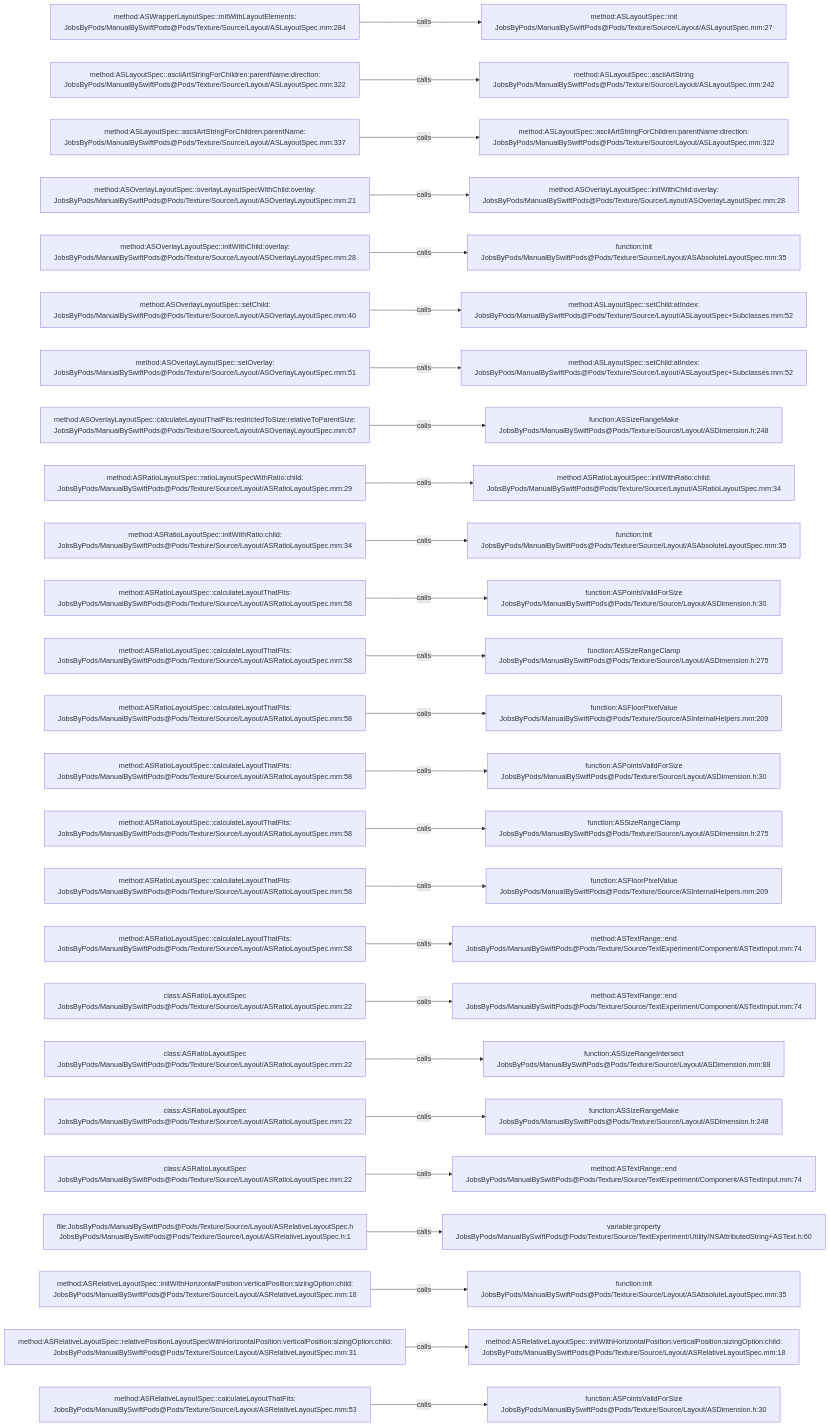
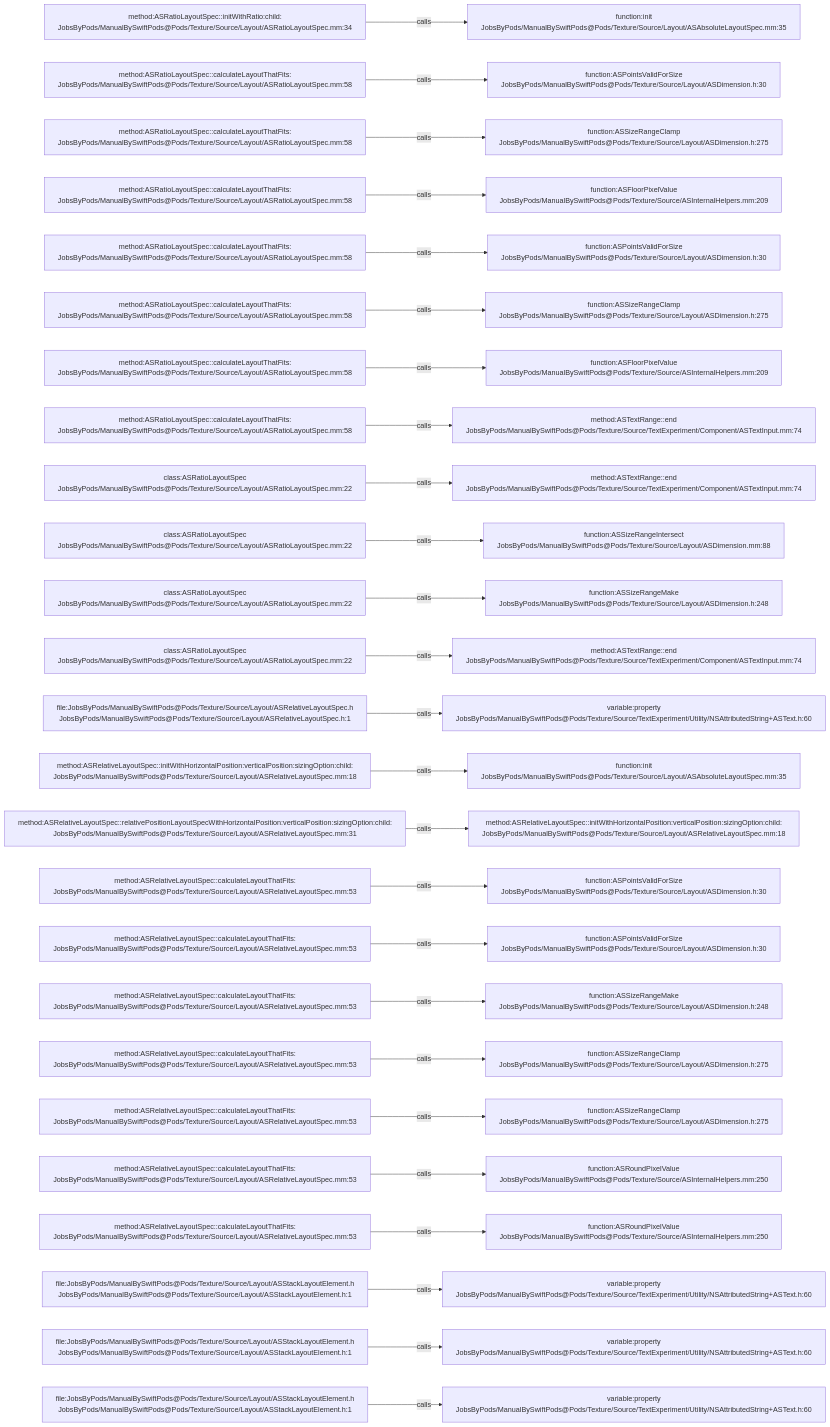
The diagram in .codegraph/codegraph.md/graphs/calls-112.md (JobsKits/JobsSwiftBaseConfigDemo), drawn with Mermaid before and after one commit. The commit also changed 707 other files, not shown here.

````diff
--- a/.codegraph/codegraph.md/graphs/calls-112.md
+++ b/.codegraph/codegraph.md/graphs/calls-112.md
@@ -13,78 +13,78 @@
 ```mermaid
 flowchart LR
-  S1["method:ASWrapperLayoutSpec::initWithLayoutElements:<br/>JobsByPods/ManualBySwiftPods@Pods/Texture/Source/Layout/ASLayoutSpec.mm:284"]
-  T1["method:ASLayoutSpec::init<br/>JobsByPods/ManualBySwiftPods@Pods/Texture/Source/Layout/ASLayoutSpec.mm:27"]
+  S1["method:ASRatioLayoutSpec::initWithRatio:child:<br/>JobsByPods/ManualBySwiftPods@Pods/Texture/Source/Layout/ASRatioLayoutSpec.mm:34"]
+  T1["function:init<br/>JobsByPods/ManualBySwiftPods@Pods/Texture/Source/Layout/ASAbsoluteLayoutSpec.mm:35"]
   S1 -->|calls| T1
-  S2["method:ASLayoutSpec::asciiArtStringForChildren:parentName:direction:<br/>JobsByPods/ManualBySwiftPods@Pods/Texture/Source/Layout/ASLayoutSpec.mm:322"]
-  T2["method:ASLayoutSpec::asciiArtString<br/>JobsByPods/ManualBySwiftPods@Pods/Texture/Source/Layout/ASLayoutSpec.mm:242"]
+  S2["method:ASRatioLayoutSpec::calculateLayoutThatFits:<br/>JobsByPods/ManualBySwiftPods@Pods/Texture/Source/Layout/ASRatioLayoutSpec.mm:58"]
+  T2["function:ASPointsValidForSize<br/>JobsByPods/ManualBySwiftPods@Pods/Texture/Source/Layout/ASDimension.h:30"]
   S2 -->|calls| T2
-  S3["method:ASLayoutSpec::asciiArtStringForChildren:parentName:<br/>JobsByPods/ManualBySwiftPods@Pods/Texture/Source/Layout/ASLayoutSpec.mm:337"]
-  T3["method:ASLayoutSpec::asciiArtStringForChildren:parentName:direction:<br/>JobsByPods/ManualBySwiftPods@Pods/Texture/Source/Layout/ASLayoutSpec.mm:322"]
+  S3["method:ASRatioLayoutSpec::calculateLayoutThatFits:<br/>JobsByPods/ManualBySwiftPods@Pods/Texture/Source/Layout/ASRatioLayoutSpec.mm:58"]
+  T3["function:ASSizeRangeClamp<br/>JobsByPods/ManualBySwiftPods@Pods/Texture/Source/Layout/ASDimension.h:275"]
   S3 -->|calls| T3
-  S4["method:ASOverlayLayoutSpec::overlayLayoutSpecWithChild:overlay:<br/>JobsByPods/ManualBySwiftPods@Pods/Texture/Source/Layout/ASOverlayLayoutSpec.mm:21"]
-  T4["method:ASOverlayLayoutSpec::initWithChild:overlay:<br/>JobsByPods/ManualBySwiftPods@Pods/Texture/Source/Layout/ASOverlayLayoutSpec.mm:28"]
+  S4["method:ASRatioLayoutSpec::calculateLayoutThatFits:<br/>JobsByPods/ManualBySwiftPods@Pods/Texture/Source/Layout/ASRatioLayoutSpec.mm:58"]
+  T4["function:ASFloorPixelValue<br/>JobsByPods/ManualBySwiftPods@Pods/Texture/Source/ASInternalHelpers.mm:209"]
   S4 -->|calls| T4
-  S5["method:ASOverlayLayoutSpec::initWithChild:overlay:<br/>JobsByPods/ManualBySwiftPods@Pods/Texture/Source/Layout/ASOverlayLayoutSpec.mm:28"]
-  T5["function:init<br/>JobsByPods/ManualBySwiftPods@Pods/Texture/Source/Layout/ASAbsoluteLayoutSpec.mm:35"]
+  S5["method:ASRatioLayoutSpec::calculateLayoutThatFits:<br/>JobsByPods/ManualBySwiftPods@Pods/Texture/Source/Layout/ASRatioLayoutSpec.mm:58"]
+  T5["function:ASPointsValidForSize<br/>JobsByPods/ManualBySwiftPods@Pods/Texture/Source/Layout/ASDimension.h:30"]
   S5 -->|calls| T5
-  S6["method:ASOverlayLayoutSpec::setChild:<br/>JobsByPods/ManualBySwiftPods@Pods/Texture/Source/Layout/ASOverlayLayoutSpec.mm:40"]
-  T6["method:ASLayoutSpec::setChild:atIndex:<br/>JobsByPods/ManualBySwiftPods@Pods/Texture/Source/Layout/ASLayoutSpec+Subclasses.mm:52"]
+  S6["method:ASRatioLayoutSpec::calculateLayoutThatFits:<br/>JobsByPods/ManualBySwiftPods@Pods/Texture/Source/Layout/ASRatioLayoutSpec.mm:58"]
+  T6["function:ASSizeRangeClamp<br/>JobsByPods/ManualBySwiftPods@Pods/Texture/Source/Layout/ASDimension.h:275"]
   S6 -->|calls| T6
-  S7["method:ASOverlayLayoutSpec::setOverlay:<br/>JobsByPods/ManualBySwiftPods@Pods/Texture/Source/Layout/ASOverlayLayoutSpec.mm:51"]
-  T7["method:ASLayoutSpec::setChild:atIndex:<br/>JobsByPods/ManualBySwiftPods@Pods/Texture/Source/Layout/ASLayoutSpec+Subclasses.mm:52"]
+  S7["method:ASRatioLayoutSpec::calculateLayoutThatFits:<br/>JobsByPods/ManualBySwiftPods@Pods/Texture/Source/Layout/ASRatioLayoutSpec.mm:58"]
+  T7["function:ASFloorPixelValue<br/>JobsByPods/ManualBySwiftPods@Pods/Texture/Source/ASInternalHelpers.mm:209"]
   S7 -->|calls| T7
-  S8["method:ASOverlayLayoutSpec::calculateLayoutThatFits:restrictedToSize:relativeToParentSize:<br/>JobsByPods/ManualBySwiftPods@Pods/Texture/Source/Layout/ASOverlayLayoutSpec.mm:67"]
-  T8["function:ASSizeRangeMake<br/>JobsByPods/ManualBySwiftPods@Pods/Texture/Source/Layout/ASDimension.h:248"]
+  S8["method:ASRatioLayoutSpec::calculateLayoutThatFits:<br/>JobsByPods/ManualBySwiftPods@Pods/Texture/Source/Layout/ASRatioLayoutSpec.mm:58"]
+  T8["method:ASTextRange::end<br/>JobsByPods/ManualBySwiftPods@Pods/Texture/Source/TextExperiment/Component/ASTextInput.mm:74"]
   S8 -->|calls| T8
-  S9["method:ASRatioLayoutSpec::ratioLayoutSpecWithRatio:child:<br/>JobsByPods/ManualBySwiftPods@Pods/Texture/Source/Layout/ASRatioLayoutSpec.mm:29"]
-  T9["method:ASRatioLayoutSpec::initWithRatio:child:<br/>JobsByPods/ManualBySwiftPods@Pods/Texture/Source/Layout/ASRatioLayoutSpec.mm:34"]
+  S9["class:ASRatioLayoutSpec<br/>JobsByPods/ManualBySwiftPods@Pods/Texture/Source/Layout/ASRatioLayoutSpec.mm:22"]
+  T9["method:ASTextRange::end<br/>JobsByPods/ManualBySwiftPods@Pods/Texture/Source/TextExperiment/Component/ASTextInput.mm:74"]
   S9 -->|calls| T9
-  S10["method:ASRatioLayoutSpec::initWithRatio:child:<br/>JobsByPods/ManualBySwiftPods@Pods/Texture/Source/Layout/ASRatioLayoutSpec.mm:34"]
-  T10["function:init<br/>JobsByPods/ManualBySwiftPods@Pods/Texture/Source/Layout/ASAbsoluteLayoutSpec.mm:35"]
+  S10["class:ASRatioLayoutSpec<br/>JobsByPods/ManualBySwiftPods@Pods/Texture/Source/Layout/ASRatioLayoutSpec.mm:22"]
+  T10["function:ASSizeRangeIntersect<br/>JobsByPods/ManualBySwiftPods@Pods/Texture/Source/Layout/ASDimension.mm:88"]
   S10 -->|calls| T10
-  S11["method:ASRatioLayoutSpec::calculateLayoutThatFits:<br/>JobsByPods/ManualBySwiftPods@Pods/Texture/Source/Layout/ASRatioLayoutSpec.mm:58"]
-  T11["function:ASPointsValidForSize<br/>JobsByPods/ManualBySwiftPods@Pods/Texture/Source/Layout/ASDimension.h:30"]
+  S11["class:ASRatioLayoutSpec<br/>JobsByPods/ManualBySwiftPods@Pods/Texture/Source/Layout/ASRatioLayoutSpec.mm:22"]
+  T11["function:ASSizeRangeMake<br/>JobsByPods/ManualBySwiftPods@Pods/Texture/Source/Layout/ASDimension.h:248"]
   S11 -->|calls| T11
-  S12["method:ASRatioLayoutSpec::calculateLayoutThatFits:<br/>JobsByPods/ManualBySwiftPods@Pods/Texture/Source/Layout/ASRatioLayoutSpec.mm:58"]
-  T12["function:ASSizeRangeClamp<br/>JobsByPods/ManualBySwiftPods@Pods/Texture/Source/Layout/ASDimension.h:275"]
+  S12["class:ASRatioLayoutSpec<br/>JobsByPods/ManualBySwiftPods@Pods/Texture/Source/Layout/ASRatioLayoutSpec.mm:22"]
+  T12["method:ASTextRange::end<br/>JobsByPods/ManualBySwiftPods@Pods/Texture/Source/TextExperiment/Component/ASTextInput.mm:74"]
   S12 -->|calls| T12
-  S13["method:ASRatioLayoutSpec::calculateLayoutThatFits:<br/>JobsByPods/ManualBySwiftPods@Pods/Texture/Source/Layout/ASRatioLayoutSpec.mm:58"]
-  T13["function:ASFloorPixelValue<br/>JobsByPods/ManualBySwiftPods@Pods/Texture/Source/ASInternalHelpers.mm:209"]
+  S13["file:JobsByPods/ManualBySwiftPods@Pods/Texture/Source/Layout/ASRelativeLayoutSpec.h<br/>JobsByPods/ManualBySwiftPods@Pods/Texture/Source/Layout/ASRelativeLayoutSpec.h:1"]
+  T13["variable:property<br/>JobsByPods/ManualBySwiftPods@Pods/Texture/Source/TextExperiment/Utility/NSAttributedString+ASText.h:60"]
   S13 -->|calls| T13
-  S14["method:ASRatioLayoutSpec::calculateLayoutThatFits:<br/>JobsByPods/ManualBySwiftPods@Pods/Texture/Source/Layout/ASRatioLayoutSpec.mm:58"]
-  T14["function:ASPointsValidForSize<br/>JobsByPods/ManualBySwiftPods@Pods/Texture/Source/Layout/ASDimension.h:30"]
+  S14["method:ASRelativeLayoutSpec::initWithHorizontalPosition:verticalPosition:sizingOption:child:<br/>JobsByPods/ManualBySwiftPods@Pods/Texture/Source/Layout/ASRelativeLayoutSpec.mm:18"]
+  T14["function:init<br/>JobsByPods/ManualBySwiftPods@Pods/Texture/Source/Layout/ASAbsoluteLayoutSpec.mm:35"]
   S14 -->|calls| T14
-  S15["method:ASRatioLayoutSpec::calculateLayoutThatFits:<br/>JobsByPods/ManualBySwiftPods@Pods/Texture/Source/Layout/ASRatioLayoutSpec.mm:58"]
-  T15["function:ASSizeRangeClamp<br/>JobsByPods/ManualBySwiftPods@Pods/Texture/Source/Layout/ASDimension.h:275"]
+  S15["method:ASRelativeLayoutSpec::relativePositionLayoutSpecWithHorizontalPosition:verticalPosition:sizingOption:child:<br/>JobsByPods/ManualBySwiftPods@Pods/Texture/Source/Layout/ASRelativeLayoutSpec.mm:31"]
+  T15["method:ASRelativeLayoutSpec::initWithHorizontalPosition:verticalPosition:sizingOption:child:<br/>JobsByPods/ManualBySwiftPods@Pods/Texture/Source/Layout/ASRelativeLayoutSpec.mm:18"]
   S15 -->|calls| T15
-  S16["method:ASRatioLayoutSpec::calculateLayoutThatFits:<br/>JobsByPods/ManualBySwiftPods@Pods/Texture/Source/Layout/ASRatioLayoutSpec.mm:58"]
-  T16["function:ASFloorPixelValue<br/>JobsByPods/ManualBySwiftPods@Pods/Texture/Source/ASInternalHelpers.mm:209"]
+  S16["method:ASRelativeLayoutSpec::calculateLayoutThatFits:<br/>JobsByPods/ManualBySwiftPods@Pods/Texture/Source/Layout/ASRelativeLayoutSpec.mm:53"]
+  T16["function:ASPointsValidForSize<br/>JobsByPods/ManualBySwiftPods@Pods/Texture/Source/Layout/ASDimension.h:30"]
   S16 -->|calls| T16
-  S17["method:ASRatioLayoutSpec::calculateLayoutThatFits:<br/>JobsByPods/ManualBySwiftPods@Pods/Texture/Source/Layout/ASRatioLayoutSpec.mm:58"]
-  T17["method:ASTextRange::end<br/>JobsByPods/ManualBySwiftPods@Pods/Texture/Source/TextExperiment/Component/ASTextInput.mm:74"]
+  S17["method:ASRelativeLayoutSpec::calculateLayoutThatFits:<br/>JobsByPods/ManualBySwiftPods@Pods/Texture/Source/Layout/ASRelativeLayoutSpec.mm:53"]
+  T17["function:ASPointsValidForSize<br/>JobsByPods/ManualBySwiftPods@Pods/Texture/Source/Layout/ASDimension.h:30"]
   S17 -->|calls| T17
-  S18["class:ASRatioLayoutSpec<br/>JobsByPods/ManualBySwiftPods@Pods/Texture/Source/Layout/ASRatioLayoutSpec.mm:22"]
-  T18["method:ASTextRange::end<br/>JobsByPods/ManualBySwiftPods@Pods/Texture/Source/TextExperiment/Component/ASTextInput.mm:74"]
+  S18["method:ASRelativeLayoutSpec::calculateLayoutThatFits:<br/>JobsByPods/ManualBySwiftPods@Pods/Texture/Source/Layout/ASRelativeLayoutSpec.mm:53"]
+  T18["function:ASSizeRangeMake<br/>JobsByPods/ManualBySwiftPods@Pods/Texture/Source/Layout/ASDimension.h:248"]
   S18 -->|calls| T18
-  S19["class:ASRatioLayoutSpec<br/>JobsByPods/ManualBySwiftPods@Pods/Texture/Source/Layout/ASRatioLayoutSpec.mm:22"]
-  T19["function:ASSizeRangeIntersect<br/>JobsByPods/ManualBySwiftPods@Pods/Texture/Source/Layout/ASDimension.mm:88"]
+  S19["method:ASRelativeLayoutSpec::calculateLayoutThatFits:<br/>JobsByPods/ManualBySwiftPods@Pods/Texture/Source/Layout/ASRelativeLayoutSpec.mm:53"]
+  T19["function:ASSizeRangeClamp<br/>JobsByPods/ManualBySwiftPods@Pods/Texture/Source/Layout/ASDimension.h:275"]
   S19 -->|calls| T19
-  S20["class:ASRatioLayoutSpec<br/>JobsByPods/ManualBySwiftPods@Pods/Texture/Source/Layout/ASRatioLayoutSpec.mm:22"]
-  T20["function:ASSizeRangeMake<br/>JobsByPods/ManualBySwiftPods@Pods/Texture/Source/Layout/ASDimension.h:248"]
+  S20["method:ASRelativeLayoutSpec::calculateLayoutThatFits:<br/>JobsByPods/ManualBySwiftPods@Pods/Texture/Source/Layout/ASRelativeLayoutSpec.mm:53"]
+  T20["function:ASSizeRangeClamp<br/>JobsByPods/ManualBySwiftPods@Pods/Texture/Source/Layout/ASDimension.h:275"]
   S20 -->|calls| T20
-  S21["class:ASRatioLayoutSpec<br/>JobsByPods/ManualBySwiftPods@Pods/Texture/Source/Layout/ASRatioLayoutSpec.mm:22"]
-  T21["method:ASTextRange::end<br/>JobsByPods/ManualBySwiftPods@Pods/Texture/Source/TextExperiment/Component/ASTextInput.mm:74"]
+  S21["method:ASRelativeLayoutSpec::calculateLayoutThatFits:<br/>JobsByPods/ManualBySwiftPods@Pods/Texture/Source/Layout/ASRelativeLayoutSpec.mm:53"]
+  T21["function:ASRoundPixelValue<br/>JobsByPods/ManualBySwiftPods@Pods/Texture/Source/ASInternalHelpers.mm:250"]
   S21 -->|calls| T21
-  S22["file:JobsByPods/ManualBySwiftPods@Pods/Texture/Source/Layout/ASRelativeLayoutSpec.h<br/>JobsByPods/ManualBySwiftPods@Pods/Texture/Source/Layout/ASRelativeLayoutSpec.h:1"]
-  T22["variable:property<br/>JobsByPods/ManualBySwiftPods@Pods/Texture/Source/TextExperiment/Utility/NSAttributedString+ASText.h:60"]
+  S22["method:ASRelativeLayoutSpec::calculateLayoutThatFits:<br/>JobsByPods/ManualBySwiftPods@Pods/Texture/Source/Layout/ASRelativeLayoutSpec.mm:53"]
+  T22["function:ASRoundPixelValue<br/>JobsByPods/ManualBySwiftPods@Pods/Texture/Source/ASInternalHelpers.mm:250"]
   S22 -->|calls| T22
-  S23["method:ASRelativeLayoutSpec::initWithHorizontalPosition:verticalPosition:sizingOption:child:<br/>JobsByPods/ManualBySwiftPods@Pods/Texture/Source/Layout/ASRelativeLayoutSpec.mm:18"]
-  T23["function:init<br/>JobsByPods/ManualBySwiftPods@Pods/Texture/Source/Layout/ASAbsoluteLayoutSpec.mm:35"]
+  S23["file:JobsByPods/ManualBySwiftPods@Pods/Texture/Source/Layout/ASStackLayoutElement.h<br/>JobsByPods/ManualBySwiftPods@Pods/Texture/Source/Layout/ASStackLayoutElement.h:1"]
+  T23["variable:property<br/>JobsByPods/ManualBySwiftPods@Pods/Texture/Source/TextExperiment/Utility/NSAttributedString+ASText.h:60"]
   S23 -->|calls| T23
-  S24["method:ASRelativeLayoutSpec::relativePositionLayoutSpecWithHorizontalPosition:verticalPosition:sizingOption:child:<br/>JobsByPods/ManualBySwiftPods@Pods/Texture/Source/Layout/ASRelativeLayoutSpec.mm:31"]
-  T24["method:ASRelativeLayoutSpec::initWithHorizontalPosition:verticalPosition:sizingOption:child:<br/>JobsByPods/ManualBySwiftPods@Pods/Texture/Source/Layout/ASRelativeLayoutSpec.mm:18"]
+  S24["file:JobsByPods/ManualBySwiftPods@Pods/Texture/Source/Layout/ASStackLayoutElement.h<br/>JobsByPods/ManualBySwiftPods@Pods/Texture/Source/Layout/ASStackLayoutElement.h:1"]
+  T24["variable:property<br/>JobsByPods/ManualBySwiftPods@Pods/Texture/Source/TextExperiment/Utility/NSAttributedString+ASText.h:60"]
   S24 -->|calls| T24
-  S25["method:ASRelativeLayoutSpec::calculateLayoutThatFits:<br/>JobsByPods/ManualBySwiftPods@Pods/Texture/Source/Layout/ASRelativeLayoutSpec.mm:53"]
-  T25["function:ASPointsValidForSize<br/>JobsByPods/ManualBySwiftPods@Pods/Texture/Source/Layout/ASDimension.h:30"]
+  S25["file:JobsByPods/ManualBySwiftPods@Pods/Texture/Source/Layout/ASStackLayoutElement.h<br/>JobsByPods/ManualBySwiftPods@Pods/Texture/Source/Layout/ASStackLayoutElement.h:1"]
+  T25["variable:property<br/>JobsByPods/ManualBySwiftPods@Pods/Texture/Source/TextExperiment/Utility/NSAttributedString+ASText.h:60"]
   S25 -->|calls| T25
 ```
````
